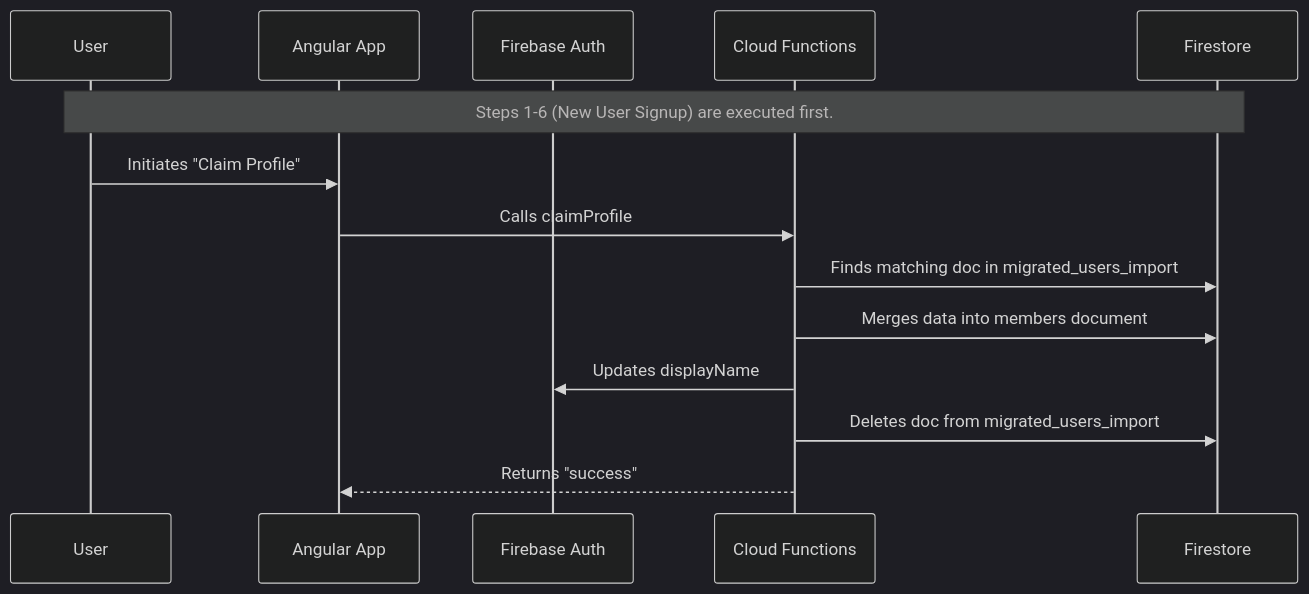
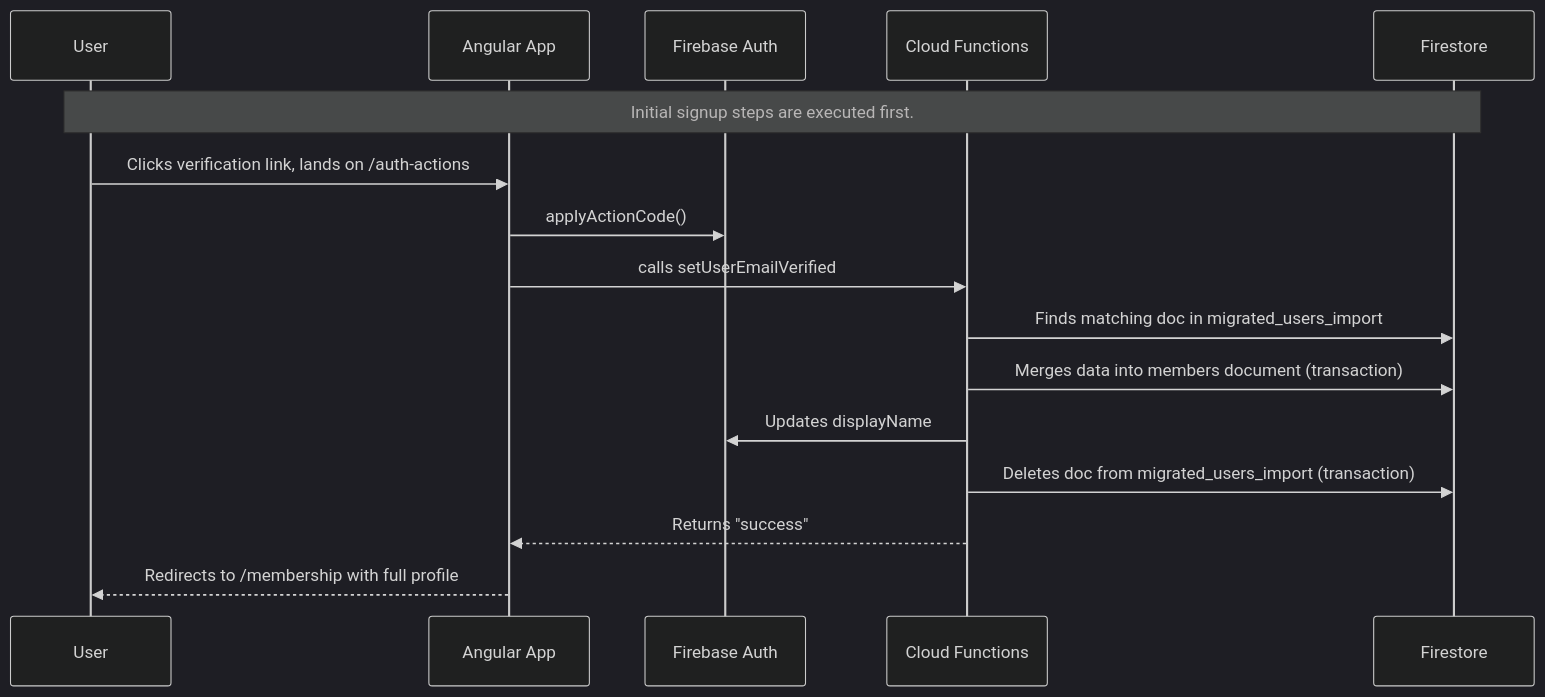
One commit to markgoho/doula-cooperative changed the second of 2 diagrams in user-flows.md. Above: the diagram before and after it, drawn with Mermaid (dark theme). The commit also changed other lines of this file and 9 other files, not shown here.

First line of the commit message:
Implement profile claiming and email verification enhancements

````diff
--- a/user-flows.md
+++ b/user-flows.md
@@ -52,18 +54,20 @@
 ```mermaid
 sequenceDiagram
     participant User
     participant AngularApp as Angular App
     participant FirebaseAuth as Firebase Auth
     participant CloudFunctions as Cloud Functions
     participant Firestore
 
-    Note over User, Firestore: Steps 1-6 (New User Signup) are executed first.
+    Note over User, Firestore: Initial signup steps are executed first.
 
-    User->>AngularApp: Initiates "Claim Profile"
-    AngularApp->>CloudFunctions: Calls claimProfile
+    User->>AngularApp: Clicks verification link, lands on /auth-actions
+    AngularApp->>FirebaseAuth: applyActionCode()
+    AngularApp->>CloudFunctions: calls setUserEmailVerified
     CloudFunctions->>Firestore: Finds matching doc in migrated_users_import
-    CloudFunctions->>Firestore: Merges data into members document
+    CloudFunctions->>Firestore: Merges data into members document (transaction)
     CloudFunctions->>FirebaseAuth: Updates displayName
-    CloudFunctions->>Firestore: Deletes doc from migrated_users_import
+    CloudFunctions->>Firestore: Deletes doc from migrated_users_import (transaction)
     CloudFunctions-->>AngularApp: Returns "success"
+    AngularApp-->>User: Redirects to /membership with full profile
 ```
````
